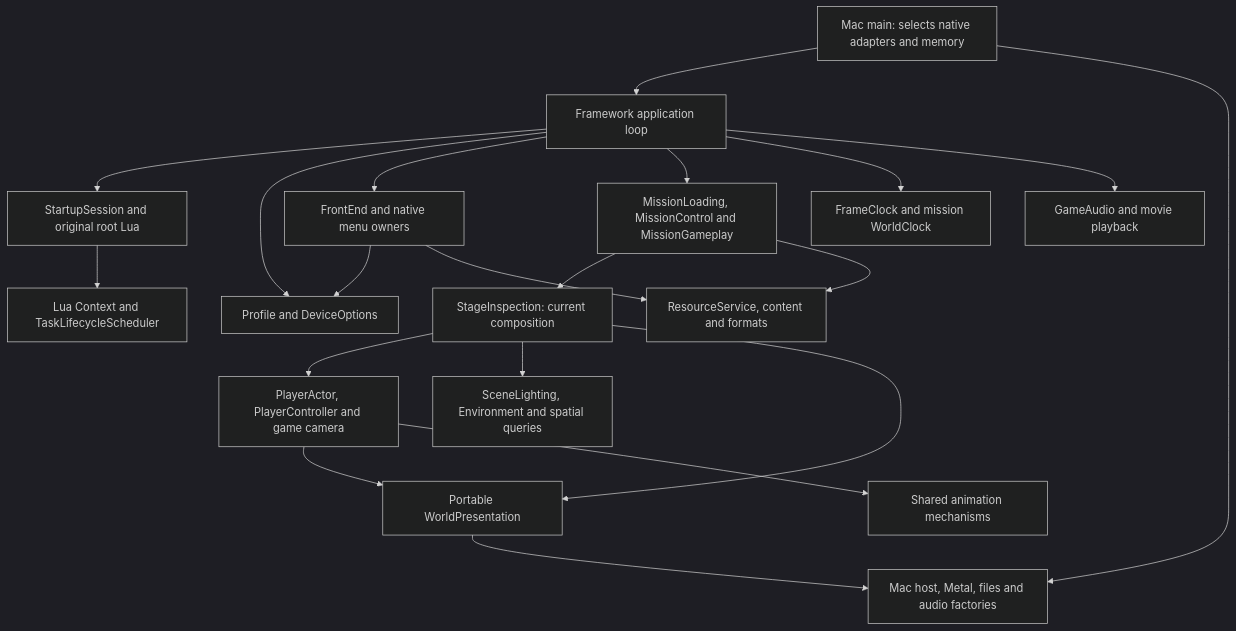
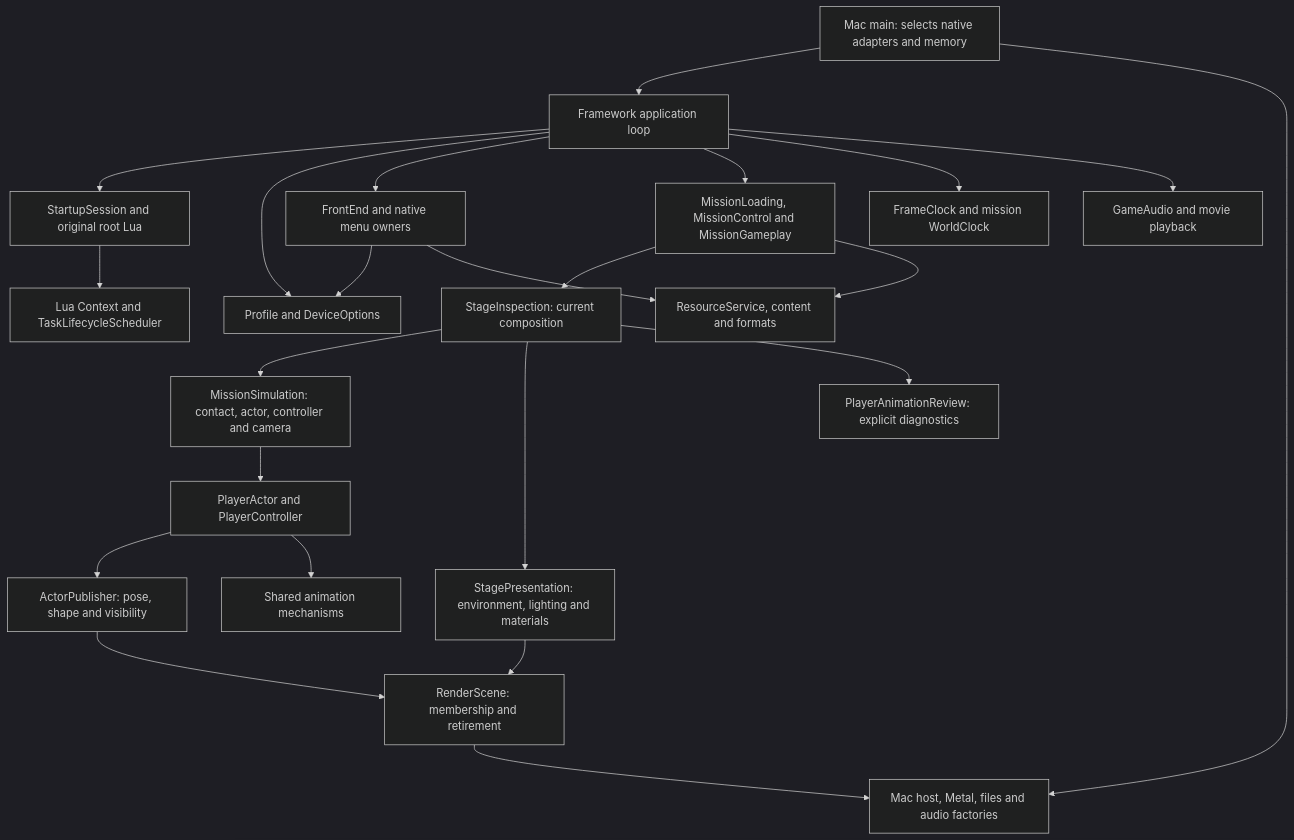
One commit to plainsight-systems/bullet-witch changed the first of 4 diagrams in docs/architecture/current-ownership.md. Above: the diagram before and after it, drawn with Mermaid (dark theme). The commit also changed other lines of this file and 27 other files, not shown here.

Commit message:
Separate mission simulation from retained scene presentation

````diff
--- a/docs/architecture/current-ownership.md
+++ b/docs/architecture/current-ownership.md
@@ -20,22 +21,25 @@
 ```mermaid
 flowchart TD
   Entry[Mac main: selects native adapters and memory] --> App[Framework application loop]
   Entry --> Native[Mac host, Metal, files and audio factories]
   App --> Session[StartupSession and original root Lua]
   App --> State[Profile and DeviceOptions]
   App --> Front[FrontEnd and native menu owners]
   App --> Mission[MissionLoading, MissionControl and MissionGameplay]
   App --> Timing[FrameClock and mission WorldClock]
   App --> Audio[GameAudio and movie playback]
   Session --> Tasks[Lua Context and TaskLifecycleScheduler]
   Front --> State
   Mission --> Stage[StageInspection: current composition]
-  Stage --> Actor[PlayerActor, PlayerController and game camera]
-  Stage --> Scene[SceneLighting, Environment and spatial queries]
-  Stage --> Render[Portable WorldPresentation]
-  Actor --> Render
+  Stage --> Simulation[MissionSimulation: contact, actor, controller and camera]
+  Stage --> Presentation[StagePresentation: environment, lighting and materials]
+  Stage --> Review[PlayerAnimationReview: explicit diagnostics]
+  Simulation --> Actor[PlayerActor and PlayerController]
+  Presentation --> Render[RenderScene: membership and retirement]
+  Actor --> Publisher[ActorPublisher: pose, shape and visibility]
+  Publisher --> Render
   Render --> Native
   Mission --> Assets[ResourceService, content and formats]
   Front --> Assets
   Actor --> Animation[Shared animation mechanisms]
 ```
````
